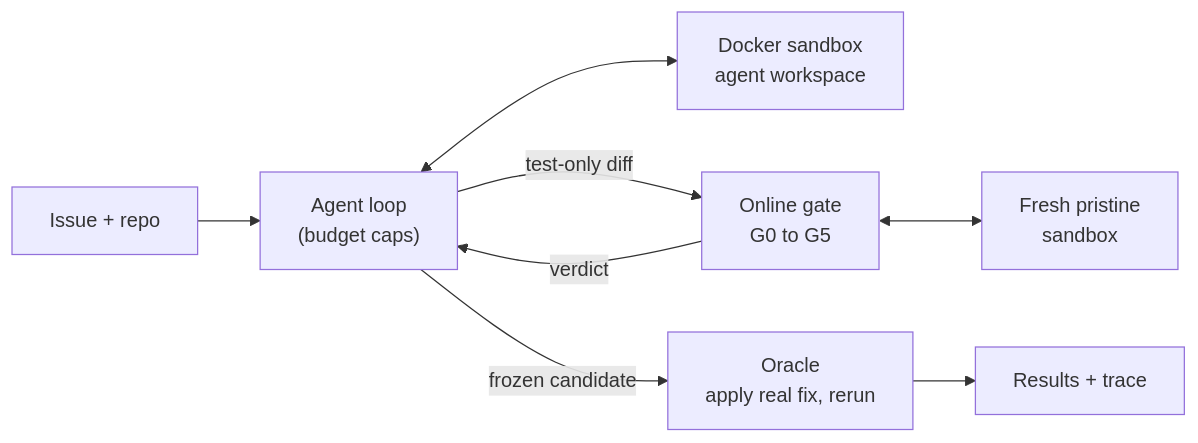
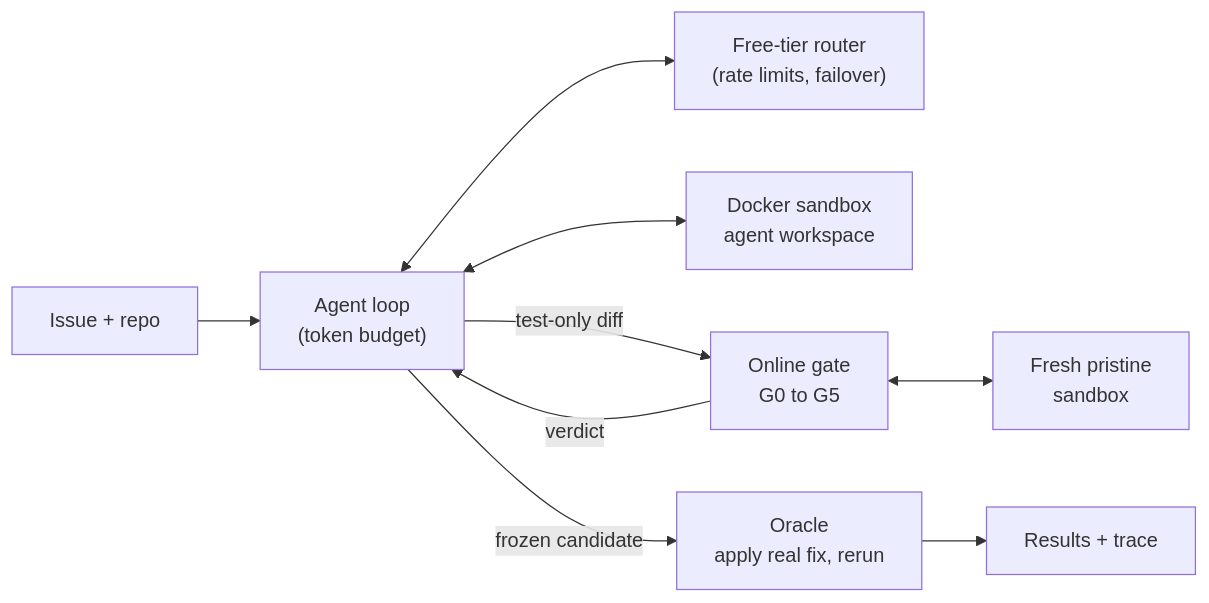
The diagram in README.md (jsm05/repro), drawn with Mermaid before and after one commit. The commit also changed other lines of this file and 5 other files, not shown here.

First line of the commit message:
Revise plan for a $0 budget: free-tier LLM router, 50-bug eval, Actions batches

````diff
--- a/README.md
+++ b/README.md
@@ -51,10 +54,11 @@
 ```mermaid
 flowchart LR
-    I["Issue + repo"] --> A["Agent loop<br/>(budget caps)"]
+    I["Issue + repo"] --> A["Agent loop<br/>(token budget)"]
+    A <--> M["Free-tier router<br/>(rate limits, failover)"]
     A <--> W["Docker sandbox<br/>agent workspace"]
     A -->|"test-only diff"| G["Online gate<br/>G0 to G5"]
     G <--> P["Fresh pristine<br/>sandbox"]
     G -->|"verdict"| A
     A -->|"frozen candidate"| O["Oracle<br/>apply real fix, rerun"]
     O --> R["Results + trace"]
 ```
````
